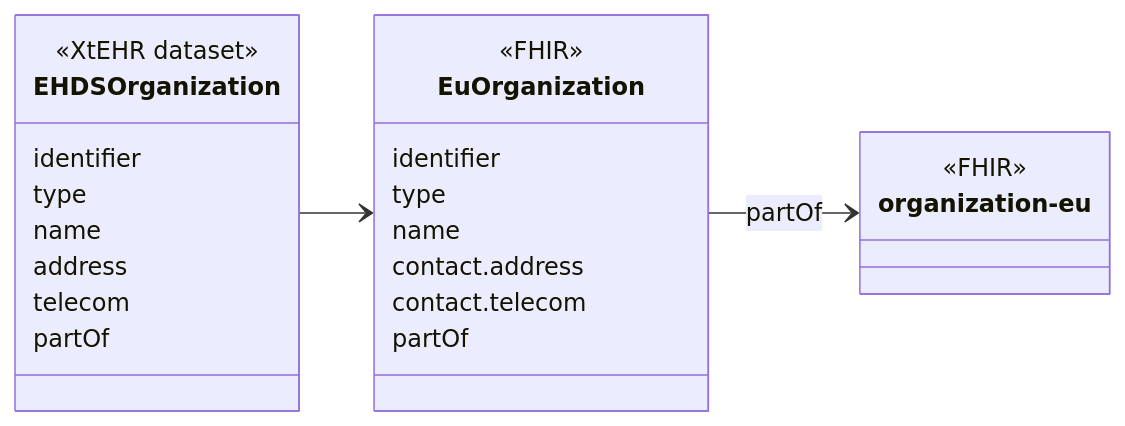
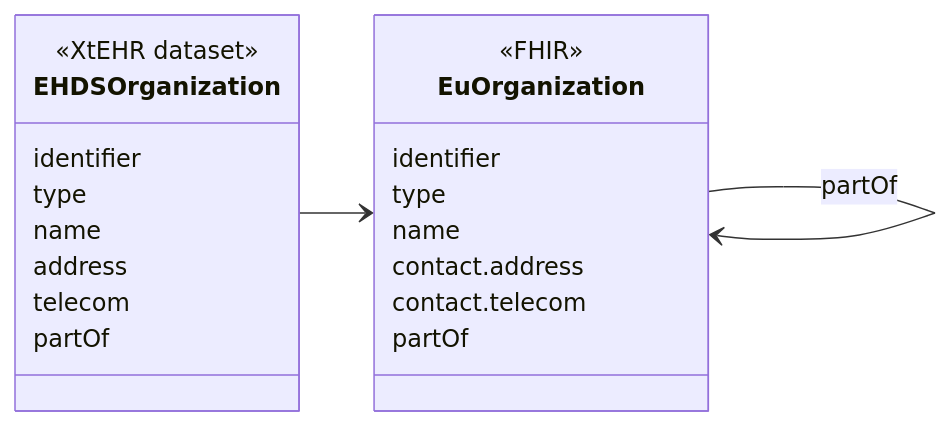
One commit to oijauregui/ehdsimaging changed the diagram in input/intro-notes/ConceptMap-EHDSOrganizationMap-intro.md. Above: the diagram before and after it, drawn with Mermaid. The commit also changed 25 other files, not shown here.

````diff
--- a/input/intro-notes/ConceptMap-EHDSOrganizationMap-intro.md
+++ b/input/intro-notes/ConceptMap-EHDSOrganizationMap-intro.md
@@ -5,29 +5,29 @@
 ```mermaid
 classDiagram
 direction LR
 class EHDSOrganization {
   <<XtEHR dataset>>
   identifier
   type
   name
   address
   telecom
   partOf
 }
 link EHDSOrganization "https://build.fhir.org/ig/Xt-EHR/xt-ehr-common/StructureDefinition-EHDSOrganization.html"
 class EuOrganization{
   <<FHIR>>
   identifier
   type
   name
   contact.address
   contact.telecom
   partOf
 }
 
-class organization-eu {
+class EuOrganization {
   <<FHIR>>
 }
 EHDSOrganization --> EuOrganization
-EuOrganization --> organization-eu : partOf
+EuOrganization --> EuOrganization : partOf
 ```
````
